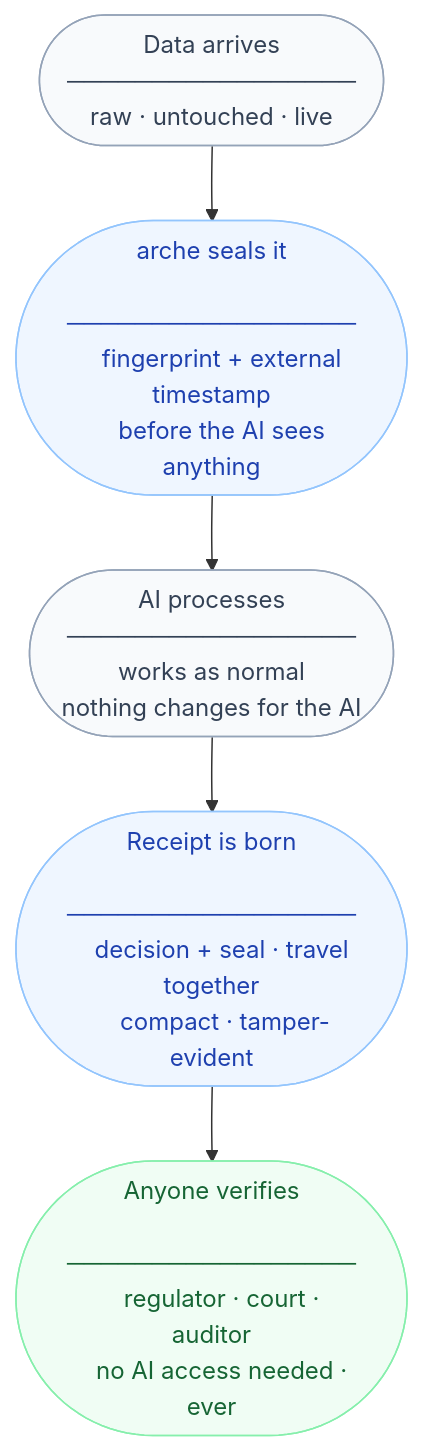
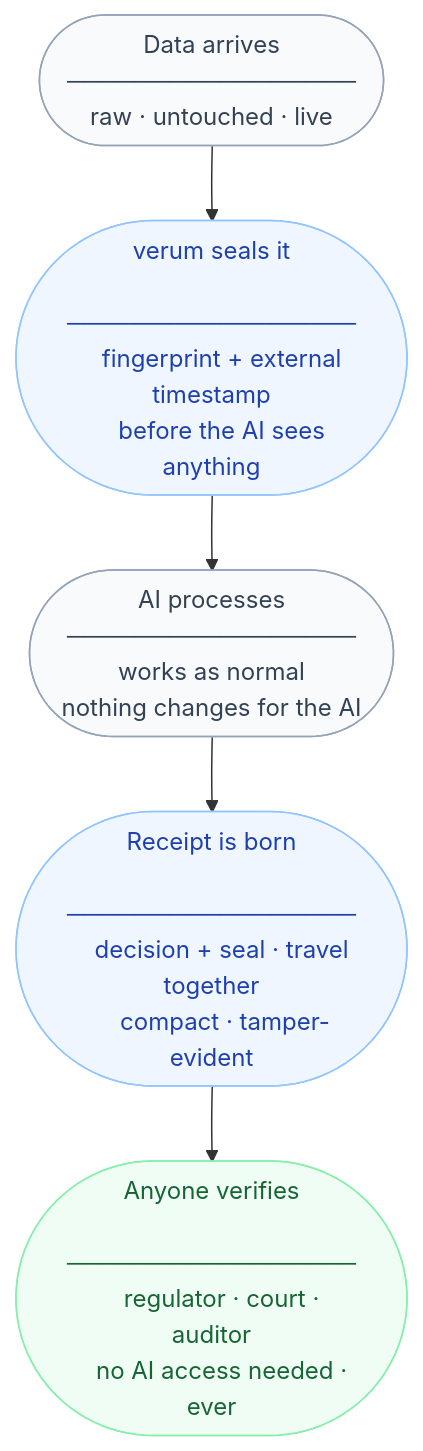
Before and after one commit to SpyrosArg/Verum: the second of 2 diagrams in README.md, drawn with Mermaid. The commit also changed other lines of this file, not shown here.

Commit message:
Rename Arche to Verum in README

````diff
--- a/README.md
+++ b/README.md
@@ -52,37 +52,37 @@
 ```mermaid
 flowchart TD
     A(["  Data arrives
     ─────────────────
     raw · untouched · live"])
 
-    B(["  arche seals it
+    B(["  verum seals it
     ─────────────────
     fingerprint + external timestamp
     before the AI sees anything"])
 
     C(["  AI processes
     ─────────────────
     works as normal
     nothing changes for the AI"])
 
     D(["  Receipt is born
     ─────────────────
     decision + seal · travel together
     compact · tamper-evident"])
 
     E(["  Anyone verifies
     ─────────────────
     regulator · court · auditor
     no AI access needed · ever"])
 
     A --> B
     B --> C
     C --> D
     D --> E
 
     style A fill:#f8fafc,stroke:#94a3b8,color:#334155
     style B fill:#eff6ff,stroke:#93c5fd,color:#1e40af
     style C fill:#f8fafc,stroke:#94a3b8,color:#334155
     style D fill:#eff6ff,stroke:#93c5fd,color:#1e40af
     style E fill:#f0fdf4,stroke:#86efac,color:#166534
 ```
````
